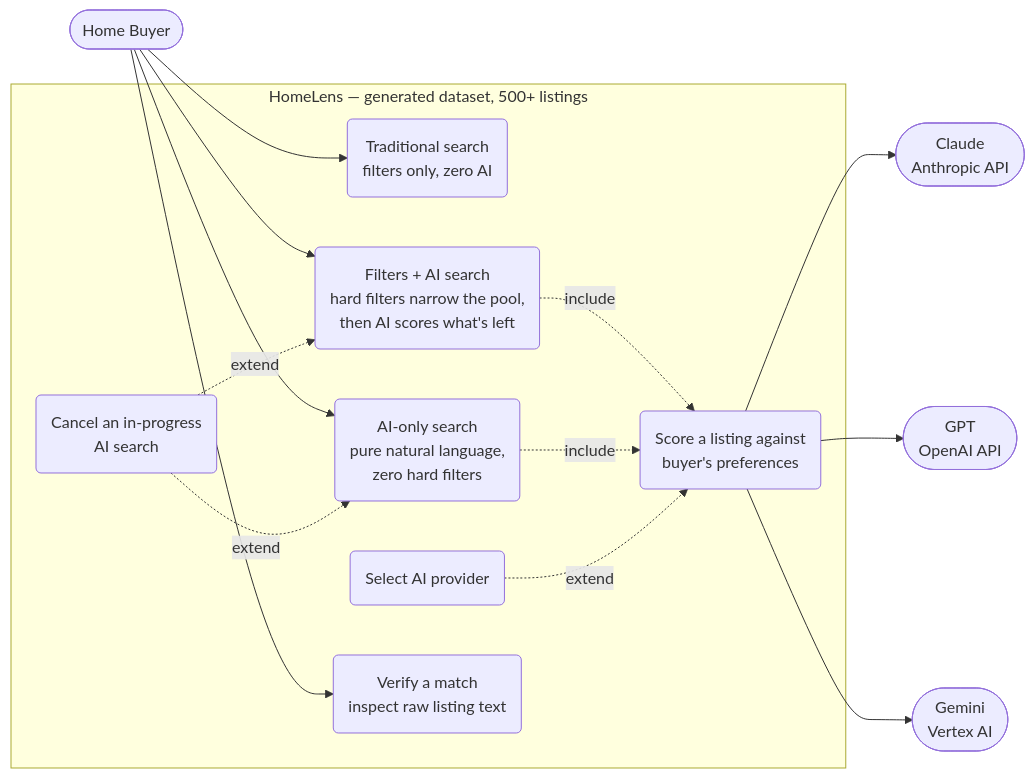
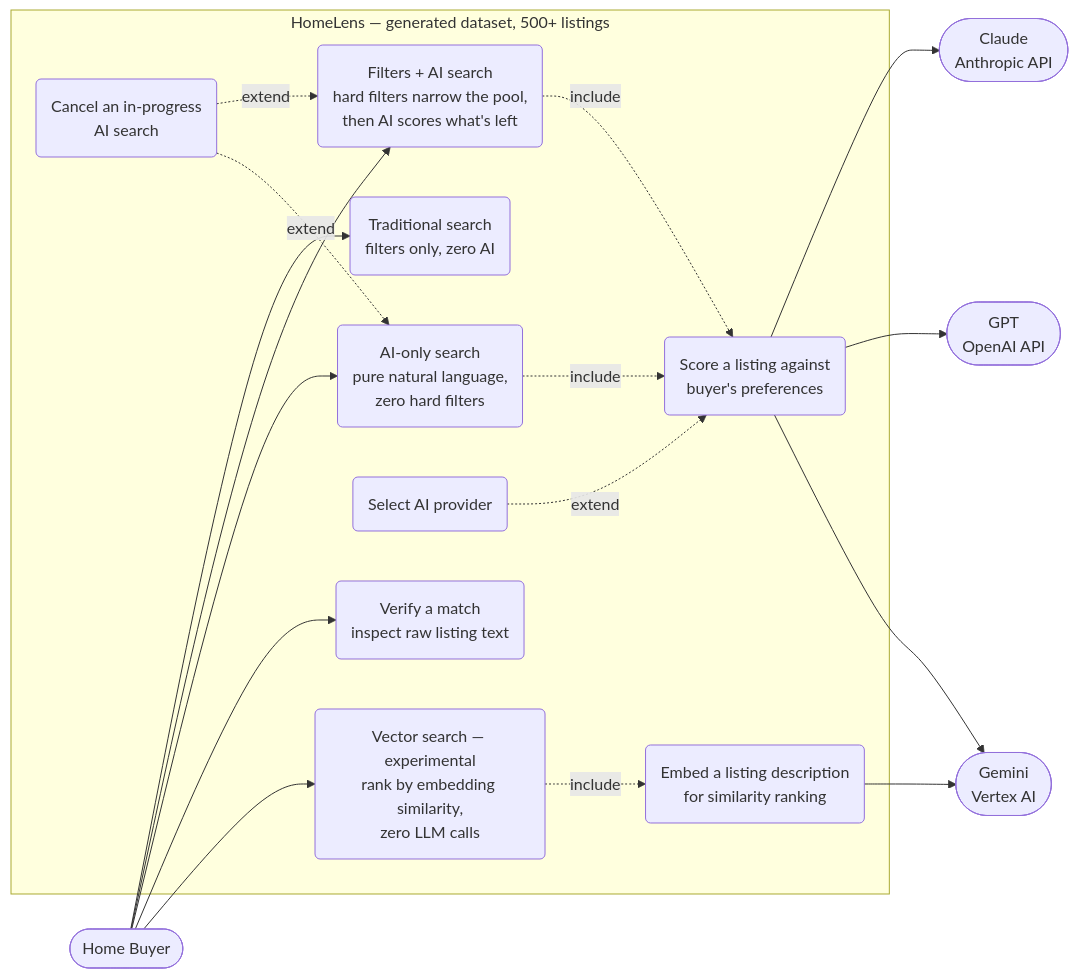
The first of 9 diagrams in docs/architecture.md (KhushbuVaishnav/HomeLens), drawn with Mermaid before and after one commit. The commit also changed other lines of this file and 11 other files, not shown here.

First line of the commit message:
Add experimental vector search functionality and dashboard

````diff
--- a/docs/architecture.md
+++ b/docs/architecture.md
@@ -20,32 +24,37 @@
 ```mermaid
 flowchart LR
     Buyer([Home Buyer])
     Claude([Claude<br/>Anthropic API])
     OpenAI([GPT<br/>OpenAI API])
     Gemini([Gemini<br/>Vertex AI])
 
     subgraph System["HomeLens — generated dataset, 500+ listings"]
         UC1(Traditional search<br/>filters only, zero AI)
         UC2(Filters + AI search<br/>hard filters narrow the pool,<br/>then AI scores what's left)
         UC3(AI-only search<br/>pure natural language,<br/>zero hard filters)
         UC4(Cancel an in-progress<br/>AI search)
         UC5(Select AI provider)
         UC6(Verify a match<br/>inspect raw listing text)
         UC7(Score a listing against<br/>buyer's preferences)
+        UC8(Vector search — experimental<br/>rank by embedding similarity,<br/>zero LLM calls)
+        UC9(Embed a listing description<br/>for similarity ranking)
     end
 
     Buyer --> UC1
     Buyer --> UC2
     Buyer --> UC3
     Buyer --> UC6
+    Buyer --> UC8
 
     UC2 -. include .-> UC7
     UC3 -. include .-> UC7
     UC4 -. extend .-> UC2
     UC4 -. extend .-> UC3
     UC5 -. extend .-> UC7
+    UC8 -. include .-> UC9
 
     UC7 --> Claude
     UC7 --> OpenAI
     UC7 --> Gemini
+    UC9 --> Gemini
 ```
````
